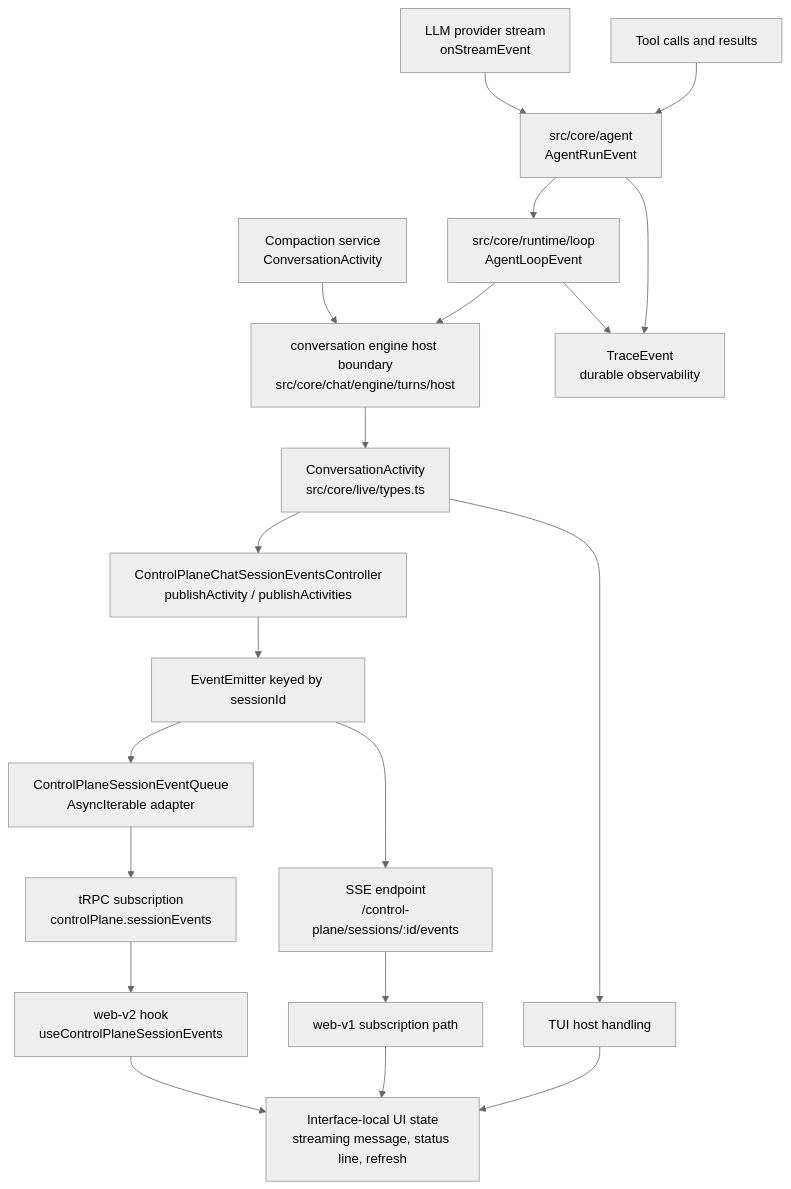
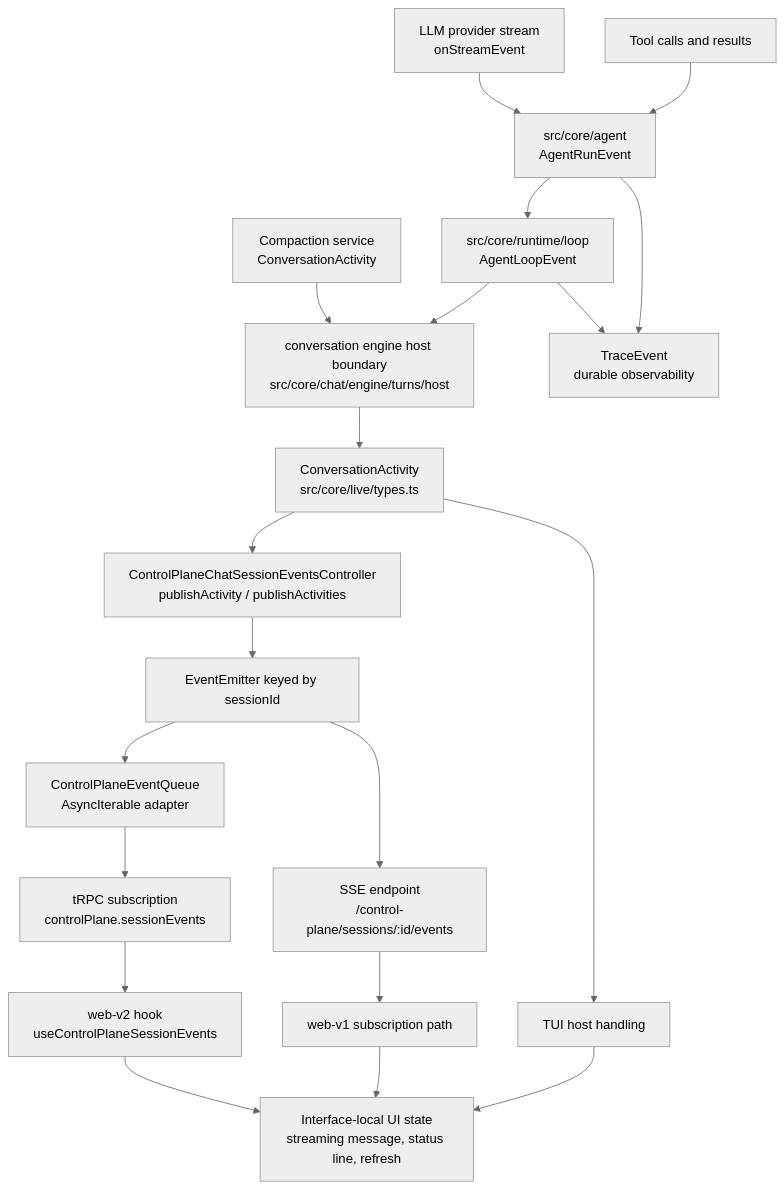
The diagram in docs/architecture/live-events.md (SuperInstance/heddle), drawn with Mermaid (neutral theme) before and after one commit. The commit also changed other lines of this file and 16 other files, not shown here.

````diff
--- a/docs/architecture/live-events.md
+++ b/docs/architecture/live-events.md
@@ -74,22 +74,22 @@
 ```mermaid
 flowchart TD
   LLM["LLM provider stream<br/>onStreamEvent"] --> Agent["src/core/agent<br/>AgentRunEvent"]
   Tools["Tool calls and results"] --> Agent
   Compaction["Compaction service<br/>ConversationActivity"] --> HostBoundary["conversation engine host boundary<br/>src/core/chat/engine/turns/host"]
   Agent --> Runtime["src/core/runtime/loop<br/>AgentLoopEvent"]
   Runtime --> HostBoundary
   HostBoundary --> Activity["ConversationActivity<br/>src/core/live/types.ts"]
   Agent --> Trace["TraceEvent<br/>durable observability"]
   Runtime --> Trace
   Activity --> Publisher["ControlPlaneChatSessionEventsController<br/>publishActivity / publishActivities"]
   Publisher --> Bus["EventEmitter keyed by sessionId"]
-  Bus --> Queue["ControlPlaneSessionEventQueue<br/>AsyncIterable adapter"]
+  Bus --> Queue["ControlPlaneEventQueue<br/>AsyncIterable adapter"]
   Queue --> TRPC["tRPC subscription<br/>controlPlane.sessionEvents"]
   Bus --> SSE["SSE endpoint<br/>/control-plane/sessions/:id/events"]
   TRPC --> WebV2["web-v2 hook<br/>useControlPlaneSessionEvents"]
   SSE --> WebV1["web-v1 subscription path"]
   Activity --> TUI["TUI host handling"]
   WebV2 --> UIState["Interface-local UI state<br/>streaming message, status line, refresh"]
   WebV1 --> UIState
   TUI --> UIState
 ```
````
